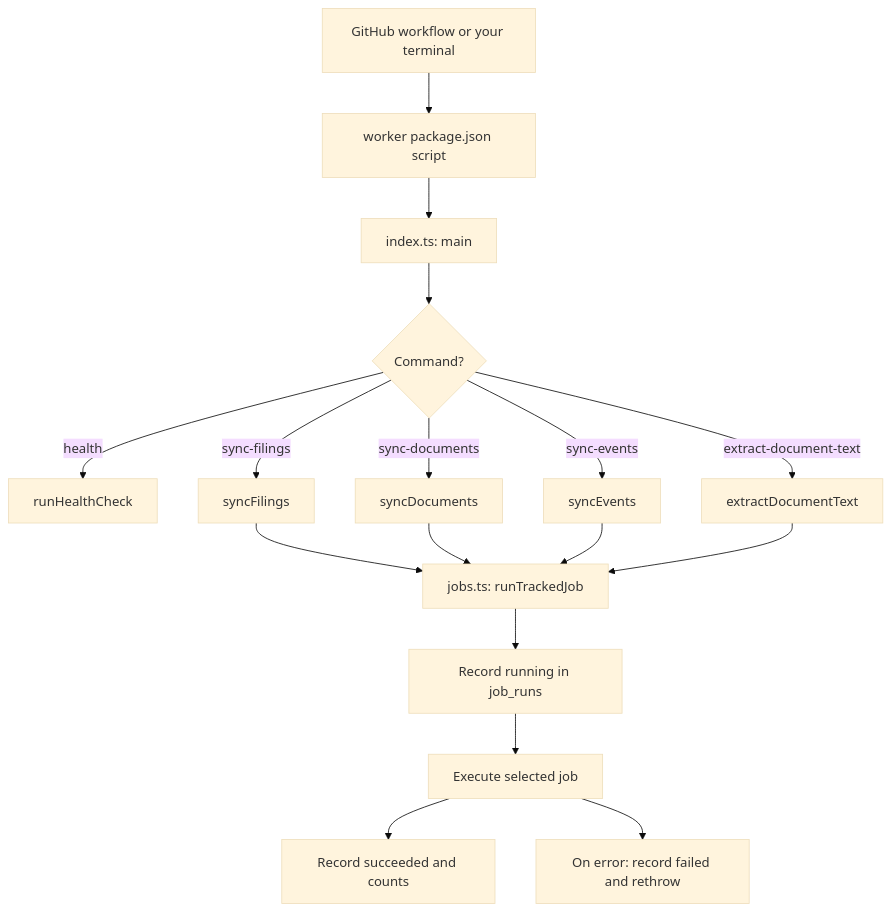
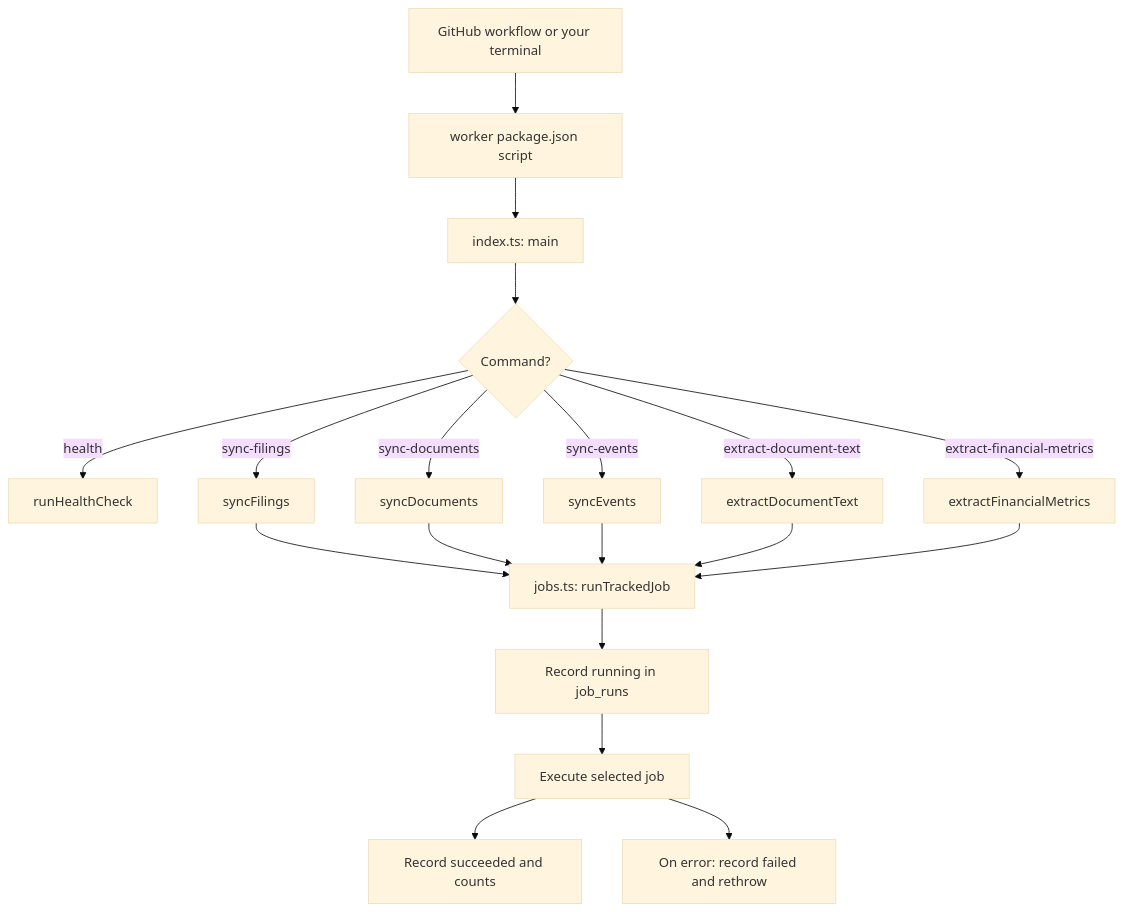
One commit to thstamod/chiron-core changed the fourth of 14 diagrams in docs/visual-guide.md. Above: the diagram before and after it, drawn with Mermaid (base theme). The commit also changed other lines of this file and 13 other files, not shown here.

Commit message:
feat(worker): extract versioned SEC XBRL financial metrics

````diff
--- a/docs/visual-guide.md
+++ b/docs/visual-guide.md
@@ -96,19 +96,21 @@
 ```mermaid
 flowchart TD
     A[GitHub workflow or your terminal] --> B[worker package.json script]
     B --> C[index.ts: main]
     C --> D{Command?}
     D -->|health| H[runHealthCheck]
     D -->|sync-filings| F[syncFilings]
     D -->|sync-documents| DOC[syncDocuments]
     D -->|sync-events| E[syncEvents]
     D -->|extract-document-text| T[extractDocumentText]
+    D -->|extract-financial-metrics| X[extractFinancialMetrics]
     F --> J[jobs.ts: runTrackedJob]
     DOC --> J
     E --> J
     T --> J
+    X --> J
     J --> START[Record running in job_runs]
     START --> EXEC[Execute selected job]
     EXEC --> OK[Record succeeded and counts]
     EXEC --> ERR[On error: record failed and rethrow]
 ```
````
